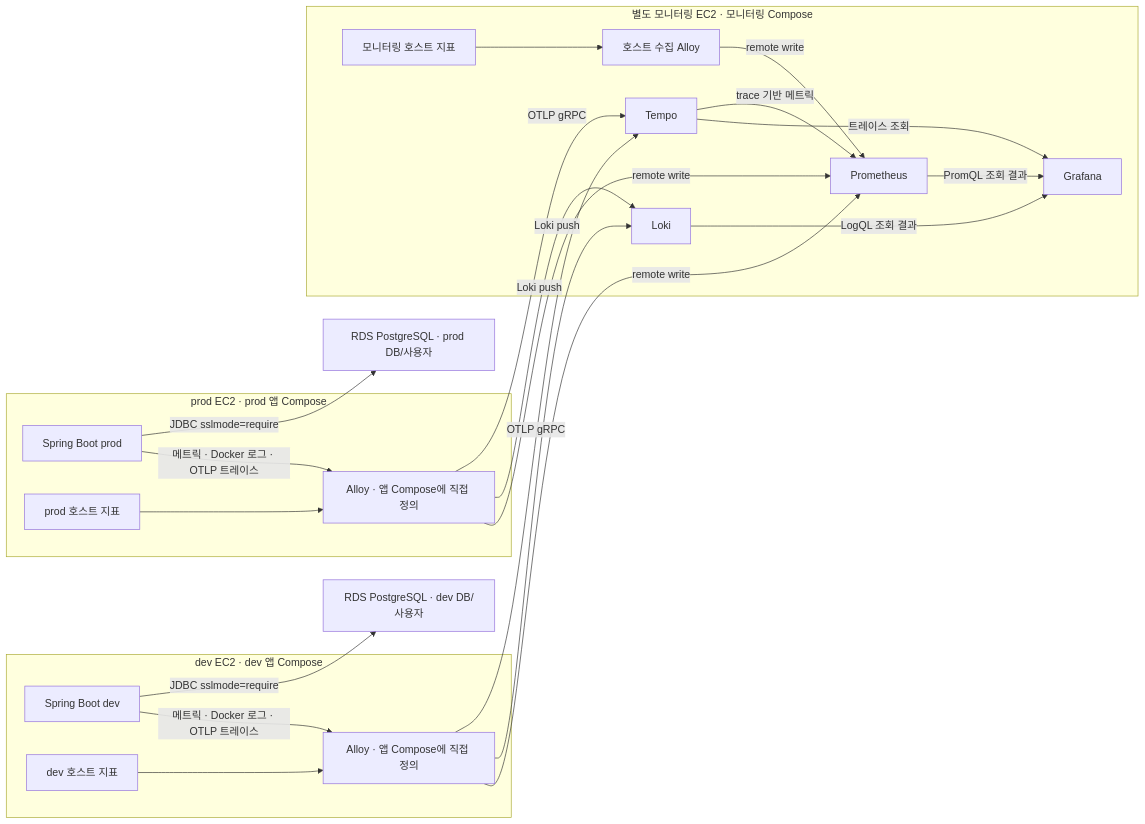
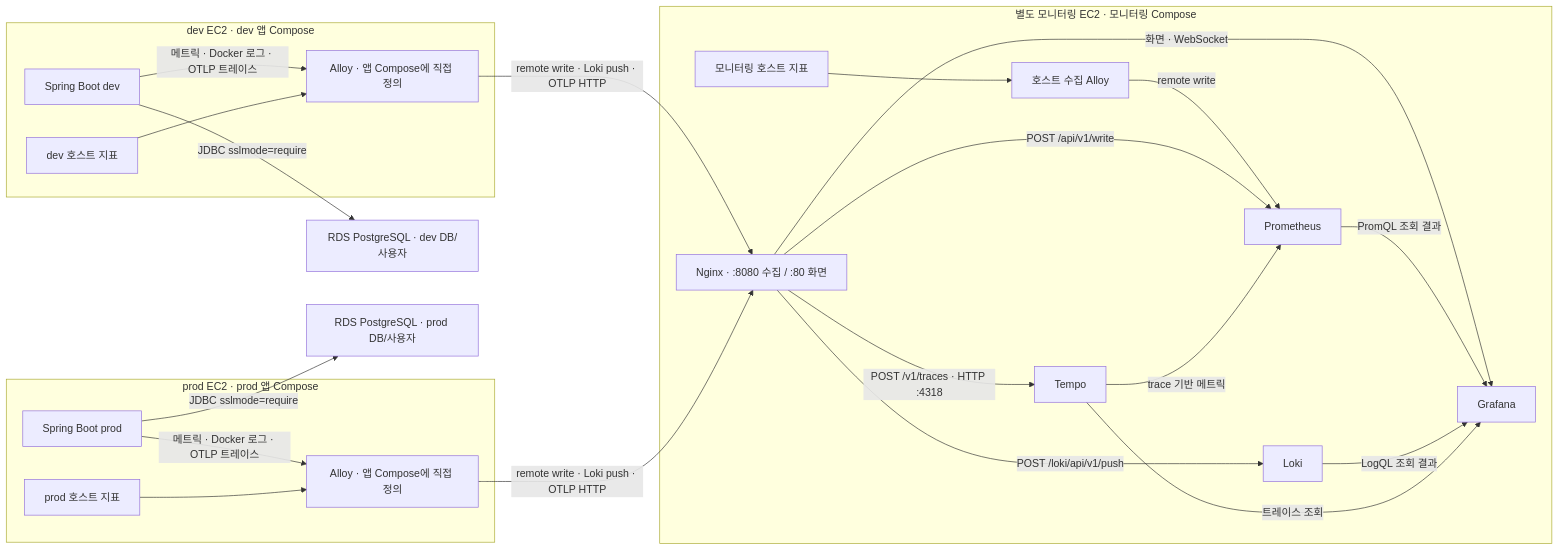
Before and after one commit to woowacourse-teams/2026-jarihana: the first of 2 diagrams in infra/docs/observability/ARCHITECTURE.md, drawn with Mermaid. The commit also changed other lines of this file and 17 other files, not shown here.

````diff
--- a/infra/docs/observability/ARCHITECTURE.md
+++ b/infra/docs/observability/ARCHITECTURE.md
@@ -31,36 +31,37 @@
 ```mermaid
 flowchart LR
   subgraph DEV["dev EC2 · dev 앱 Compose"]
     DEVAPP["Spring Boot dev"]
     DEVALLOY["Alloy · 앱 Compose에 직접 정의"]
     DEVAPP -->|"메트릭 · Docker 로그 · OTLP 트레이스"| DEVALLOY
     DEVHOST["dev 호스트 지표"] --> DEVALLOY
   end
   subgraph PROD["prod EC2 · prod 앱 Compose"]
     PRODAPP["Spring Boot prod"]
     PRODALLOY["Alloy · 앱 Compose에 직접 정의"]
     PRODAPP -->|"메트릭 · Docker 로그 · OTLP 트레이스"| PRODALLOY
     PRODHOST["prod 호스트 지표"] --> PRODALLOY
   end
   DEVRDS["RDS PostgreSQL · dev DB/사용자"]
   PRODRDS["RDS PostgreSQL · prod DB/사용자"]
   DEVAPP -->|"JDBC sslmode=require"| DEVRDS
   PRODAPP -->|"JDBC sslmode=require"| PRODRDS
   subgraph MON["별도 모니터링 EC2 · 모니터링 Compose"]
     MONHOST["모니터링 호스트 지표"] --> MONALLOY["호스트 수집 Alloy"]
     MONALLOY -->|"remote write"| PROM["Prometheus"]
     LOKI["Loki"]
     TEMPO["Tempo"]
     GRAF["Grafana"]
+    NGINX["Nginx · :8080 수집 / :80 화면"]
+    NGINX -->|"POST /api/v1/write"| PROM
+    NGINX -->|"POST /loki/api/v1/push"| LOKI
+    NGINX -->|"POST /v1/traces · HTTP :4318"| TEMPO
+    NGINX -->|"화면 · WebSocket"| GRAF
     PROM -->|"PromQL 조회 결과"| GRAF
     LOKI -->|"LogQL 조회 결과"| GRAF
     TEMPO -->|"트레이스 조회"| GRAF
     TEMPO -->|"trace 기반 메트릭"| PROM
   end
-  DEVALLOY -->|"remote write"| PROM
-  DEVALLOY -->|"Loki push"| LOKI
-  PRODALLOY -->|"remote write"| PROM
-  PRODALLOY -->|"Loki push"| LOKI
-  DEVALLOY -->|"OTLP gRPC"| TEMPO
-  PRODALLOY -->|"OTLP gRPC"| TEMPO
+  DEVALLOY -->|"remote write · Loki push · OTLP HTTP"| NGINX
+  PRODALLOY -->|"remote write · Loki push · OTLP HTTP"| NGINX
 ```
````
